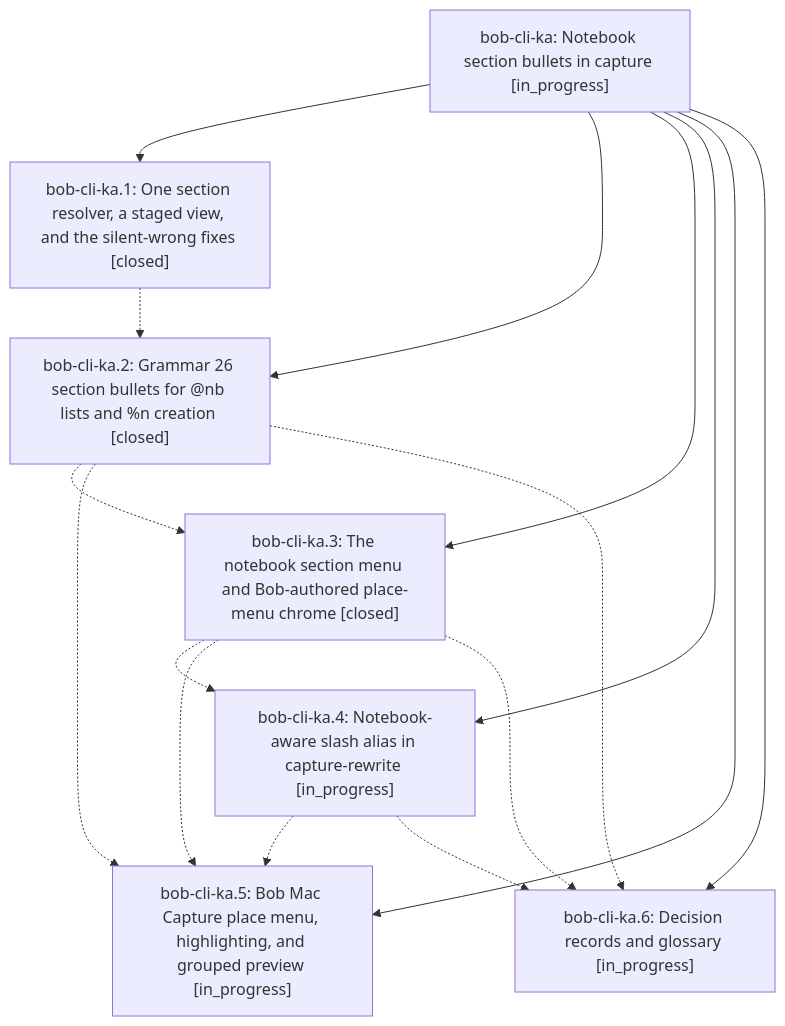
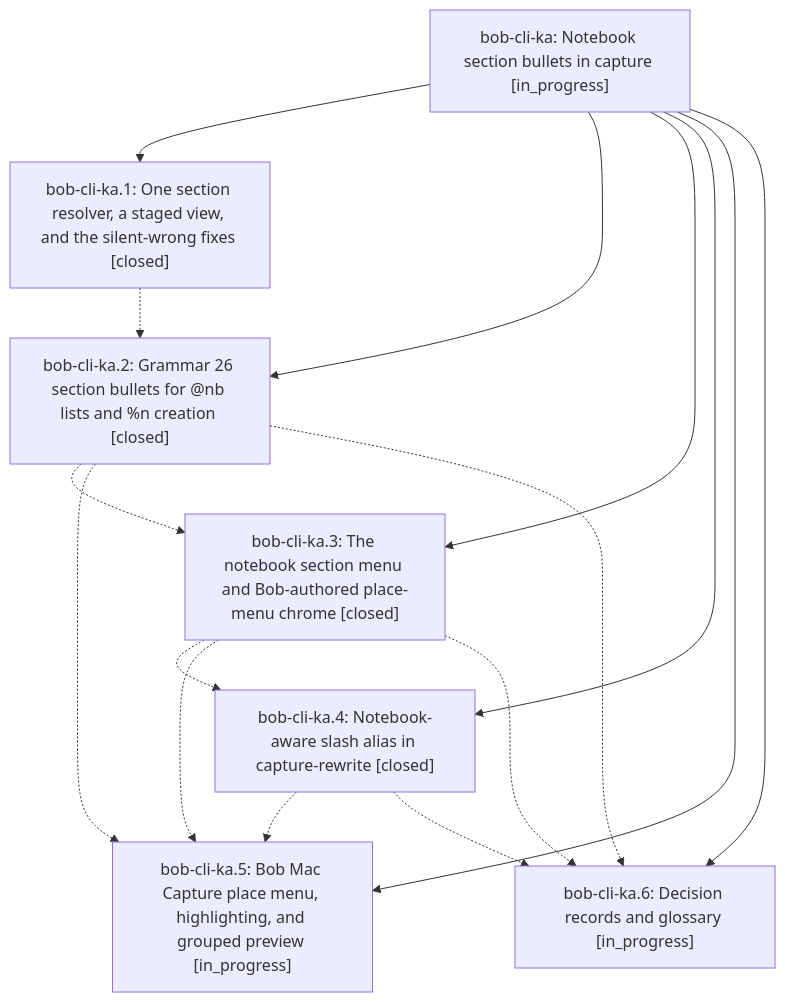
The diagram in pages/bob-cli-ka/README.md (bobs-org/bob-cli--beads), drawn with Mermaid before and after one commit. The commit also changed other lines of this file and 4 other files, not shown here.

First line of the commit message:
chore(beads): sync bead state and pages for bob-cli-ka

````diff
--- a/pages/bob-cli-ka/README.md
+++ b/pages/bob-cli-ka/README.md
@@ -39,25 +39,25 @@
 ```mermaid
 flowchart TD
     n0["bob-cli-ka: Notebook section bullets in capture [in_progress]"]
     n1["bob-cli-ka.1: One section resolver, a staged view, and the silent-wrong fixes [closed]"]
     n2["bob-cli-ka.2: Grammar 26 section bullets for @nb lists and %n creation [closed]"]
     n3["bob-cli-ka.3: The notebook section menu and Bob-authored place-menu chrome [closed]"]
-    n4["bob-cli-ka.4: Notebook-aware slash alias in capture-rewrite [in_progress]"]
+    n4["bob-cli-ka.4: Notebook-aware slash alias in capture-rewrite [closed]"]
     n5["bob-cli-ka.5: Bob Mac Capture place menu, highlighting, and grouped preview [in_progress]"]
     n6["bob-cli-ka.6: Decision records and glossary [in_progress]"]
     n0 --> n1
     n0 --> n2
     n0 --> n3
     n0 --> n4
     n0 --> n5
     n0 --> n6
     n1 -.-> n2
     n2 -.-> n3
     n2 -.-> n5
     n2 -.-> n6
     n3 -.-> n4
     n3 -.-> n5
     n3 -.-> n6
     n4 -.-> n5
     n4 -.-> n6
 ```
````
